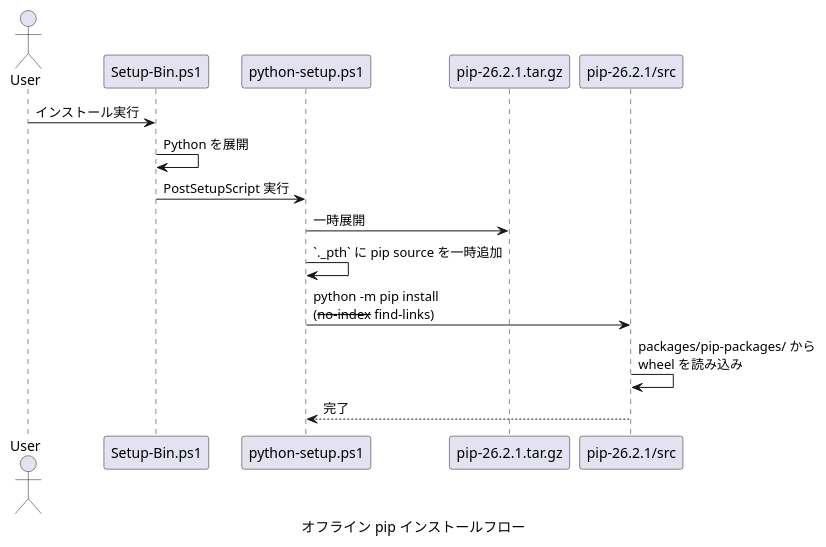
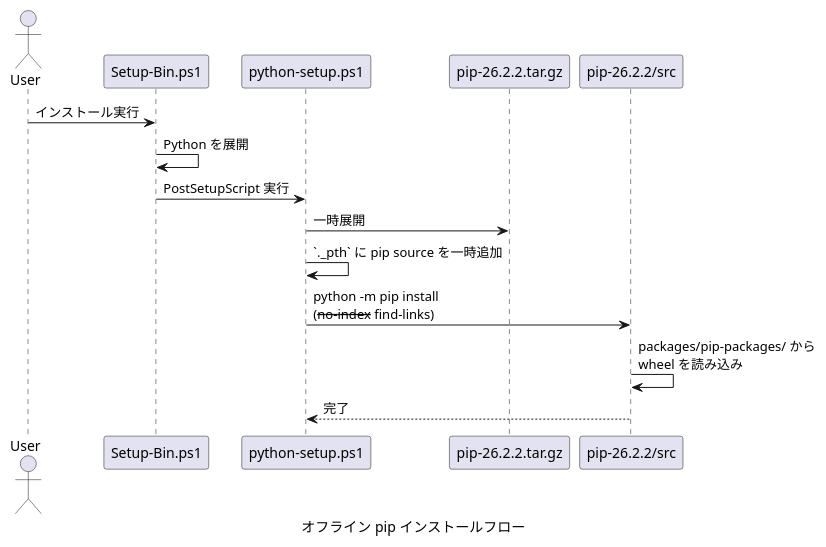
The third of 4 diagrams in docs/offline-pip-design.md (Hondarer/devbin-win), drawn with PlantUML before and after one commit. The commit also changed other lines of this file and 8 other files, not shown here.

````diff
--- a/docs/offline-pip-design.md
+++ b/docs/offline-pip-design.md
@@ -131,19 +131,19 @@
 ```plantuml
 @startuml オフライン pip インストールフロー
 caption オフライン pip インストールフロー
 actor User
 participant "Setup-Bin.ps1" as Setup
 participant "python-setup.ps1" as PySetup
-participant "pip-26.2.1.tar.gz" as PipSrc
-participant "pip-26.2.1/src" as PipModule
+participant "pip-26.2.2.tar.gz" as PipSrc
+participant "pip-26.2.2/src" as PipModule
 
 User -> Setup: インストール実行
 Setup -> Setup: Python を展開
 Setup -> PySetup: PostSetupScript 実行
 PySetup -> PipSrc: 一時展開
 PySetup -> PySetup: `._pth` に pip source を一時追加
 PySetup -> PipModule: python -m pip install\n(--no-index --find-links)
 PipModule -> PipModule: packages/pip-packages/ から\nwheel を読み込み
 PipModule --> PySetup: 完了
 @enduml
 ```
````
